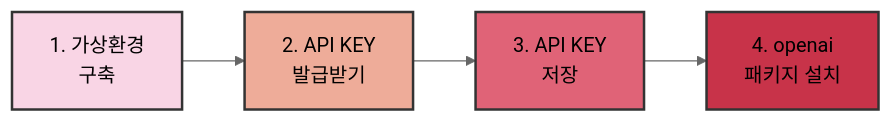
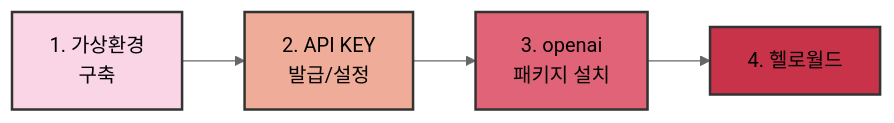
One commit to bit2r/gpt-shell changed the diagram in 10_setup.qmd. Above: the diagram before and after it, drawn with Mermaid (neutral theme). The commit also changed other lines of this file and 6 other files, not shown here.

````diff
--- a/10_setup.qmd
+++ b/10_setup.qmd
@@ -26,12 +40,12 @@
 ```{mermaid}
 graph LR
-  A["1. 가상환경<br>구축"] --> B["2. API KEY<br>발급받기"]
-  B --> C["3. API KEY<br>저장"]
-  C --> D["4. openai <br>패키지 설치"]
+  A["1. 가상환경<br>구축"] --> B["2. API KEY<br>발급/설정"]
+  B --> C["3. openai <br>패키지 설치"]
+  C --> D["4. 헬로월드"]
   
   style A fill:#f9d5e5,stroke:#333,stroke-width:2px
   style B fill:#eeac99,stroke:#333,stroke-width:2px
   style C fill:#e06377,stroke:#333,stroke-width:2px
   style D fill:#c83349,stroke:#333,stroke-width:2px
   classDef default fill:#f9f7f7,stroke:#333,stroke-width:2px;
 ```
````
